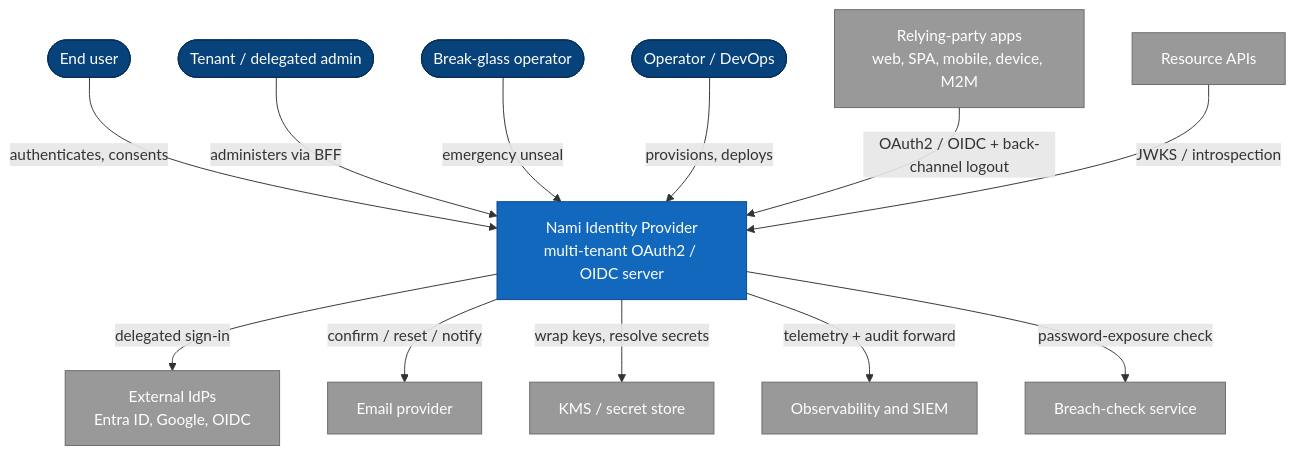
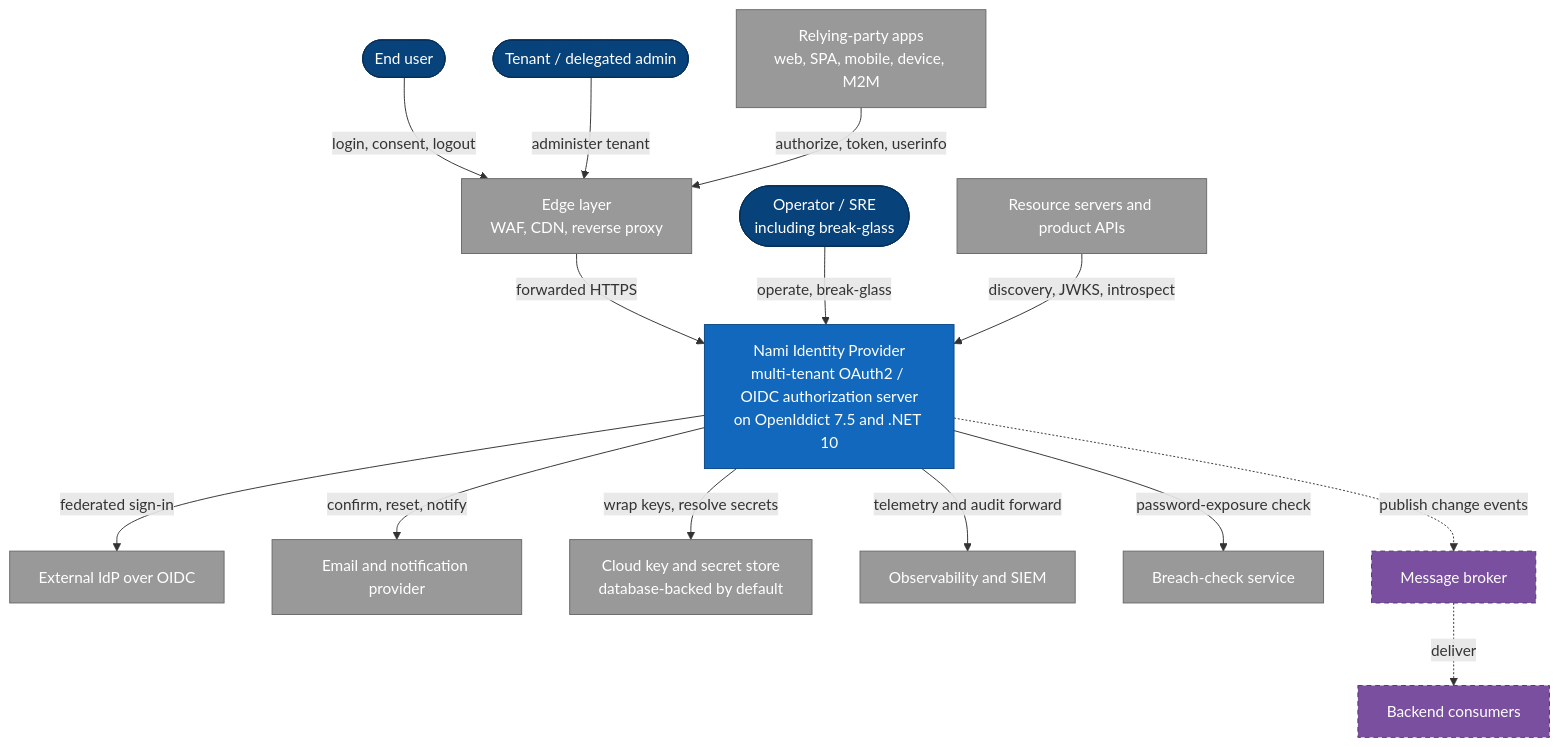
One commit to namphuongtran/nami changed the diagram in docs/architecture/01-context.md. Above: the diagram before and after it, drawn with Mermaid. The commit also changed other lines of this file and 3 other files, not shown here.

````diff
--- a/docs/architecture/01-context.md
+++ b/docs/architecture/01-context.md
@@ -12,34 +15,39 @@
 ```mermaid
 graph TB
   enduser([End user]):::person
   admin([Tenant / delegated admin]):::person
-  breakglass([Break-glass operator]):::person
-  ops([Operator / DevOps]):::person
+  ops([Operator / SRE<br/>including break-glass]):::person
 
-  nami[Nami Identity Provider<br/>multi-tenant OAuth2 / OIDC server]:::host
+  nami["Nami Identity Provider<br/>multi-tenant OAuth2 / OIDC authorization server<br/>on OpenIddict 7.5 and .NET 10"]:::host
 
+  edge[Edge layer<br/>WAF, CDN, reverse proxy]:::ext
   rp[Relying-party apps<br/>web, SPA, mobile, device, M2M]:::ext
-  api[Resource APIs]:::ext
-  extidp[External IdPs<br/>Entra ID, Google, OIDC]:::ext
-  email[Email provider]:::ext
-  kms[KMS / secret store]:::ext
+  rs[Resource servers and product APIs]:::ext
+  extidp[External IdP over OIDC]:::ext
+  email[Email and notification provider]:::ext
+  kms[Cloud key and secret store<br/>database-backed by default]:::ext
   obs[Observability and SIEM]:::ext
   hibp[Breach-check service]:::ext
+  broker[Message broker]:::v2
+  backend[Backend consumers]:::v2
 
-  enduser -->|authenticates, consents| nami
-  admin -->|administers via BFF| nami
-  breakglass -->|emergency unseal| nami
-  ops -->|provisions, deploys| nami
-  rp -->|OAuth2 / OIDC + back-channel logout| nami
-  api -->|JWKS / introspection| nami
-  nami -->|delegated sign-in| extidp
-  nami -->|confirm / reset / notify| email
+  enduser -->|login, consent, logout| edge
+  admin -->|administer tenant| edge
+  rp -->|authorize, token, userinfo| edge
+  edge -->|forwarded HTTPS| nami
+  ops -->|operate, break-glass| nami
+  rs -->|discovery, JWKS, introspect| nami
+  nami -->|federated sign-in| extidp
+  nami -->|confirm, reset, notify| email
   nami -->|wrap keys, resolve secrets| kms
-  nami -->|telemetry + audit forward| obs
+  nami -->|telemetry and audit forward| obs
   nami -->|password-exposure check| hibp
+  nami -.->|publish change events| broker
+  broker -.->|deliver| backend
 
   classDef person fill:#08427b,stroke:#052e56,color:#ffffff
   classDef host fill:#1168bd,stroke:#0b4884,color:#ffffff
   classDef store fill:#438dd5,stroke:#2e6295,color:#ffffff
   classDef ext fill:#999999,stroke:#6b6b6b,color:#ffffff
+  classDef v2 fill:#7b4fa0,stroke:#54356f,color:#ffffff,stroke-dasharray:5 4
 ```
````
